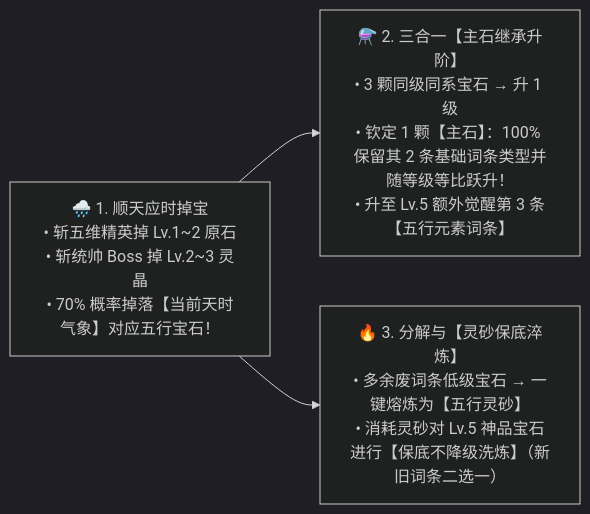
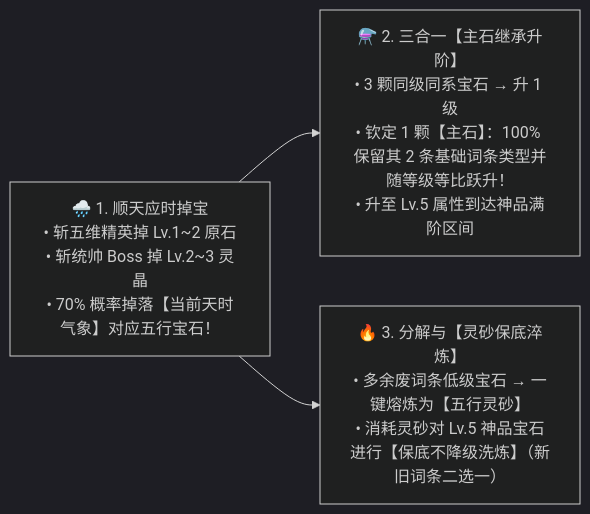
The fourth of 10 diagrams in docs/Wuxing_System_Design.md (niuchangsheng/TowerDefense), drawn with Mermaid (dark theme) before and after one commit. The commit also changed other lines of this file and 1 other file, not shown here.

````diff
--- a/docs/Wuxing_System_Design.md
+++ b/docs/Wuxing_System_Design.md
@@ -633,6 +633,6 @@
 ```mermaid
 flowchart LR
     Drop["🌧️ 1. 顺天应时掉宝\n• 斩五维精英掉 Lv.1~2 原石\n• 斩统帅 Boss 掉 Lv.2~3 灵晶\n• 70% 概率掉落【当前天时气象】对应五行宝石！"]
-    Drop --> Synth["⚗️ 2. 三合一【主石继承升阶】\n• 3 颗同级同系宝石 → 升 1 级\n• 钦定 1 颗【主石】：100% 保留其 2 条基础词条类型并随等级等比跃升！\n• 升至 Lv.5 额外觉醒第 3 条【五行元素词条】"]
+    Drop --> Synth["⚗️ 2. 三合一【主石继承升阶】\n• 3 颗同级同系宝石 → 升 1 级\n• 钦定 1 颗【主石】：100% 保留其 2 条基础词条类型并随等级等比跃升！\n• 升至 Lv.5 属性到达神品满阶区间"]
     Drop --> Salvage["🔥 3. 分解与【灵砂保底淬炼】\n• 多余废词条低级宝石 → 一键熔炼为【五行灵砂】\n• 消耗灵砂对 Lv.5 神品宝石进行【保底不降级洗炼】（新旧词条二选一）"]
 ```
````
